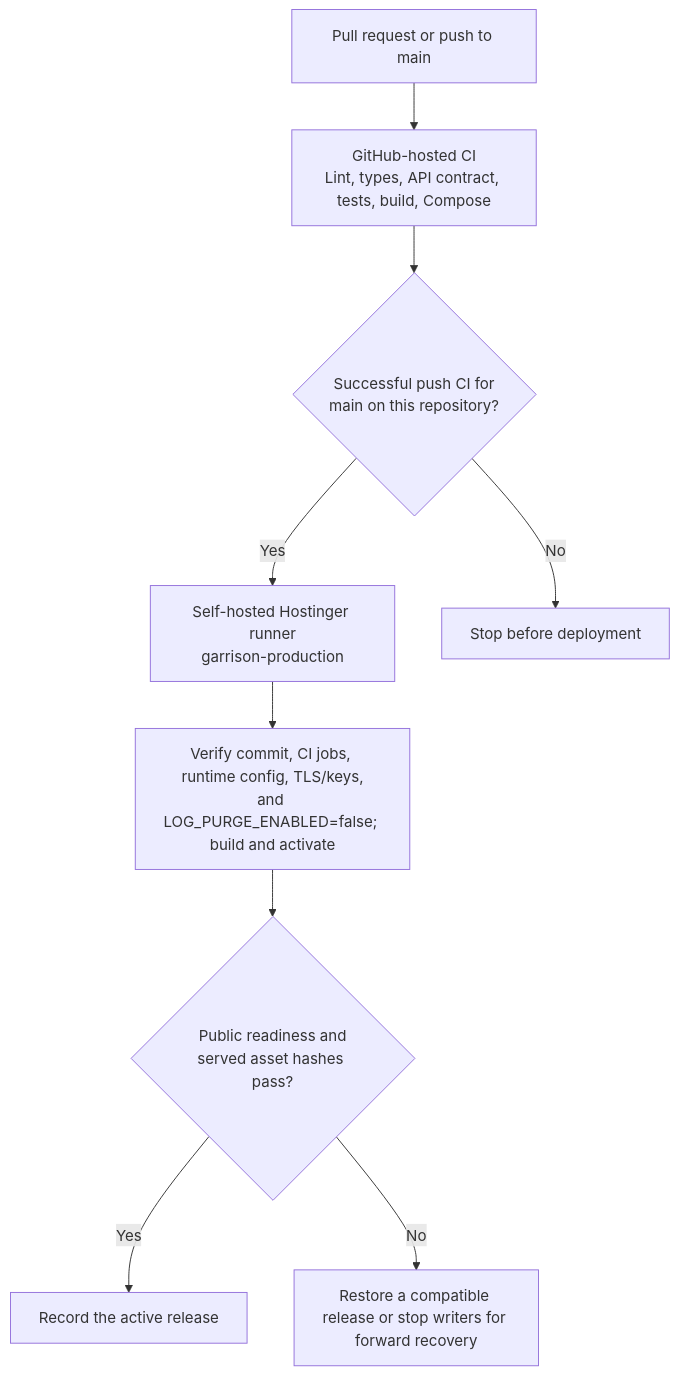
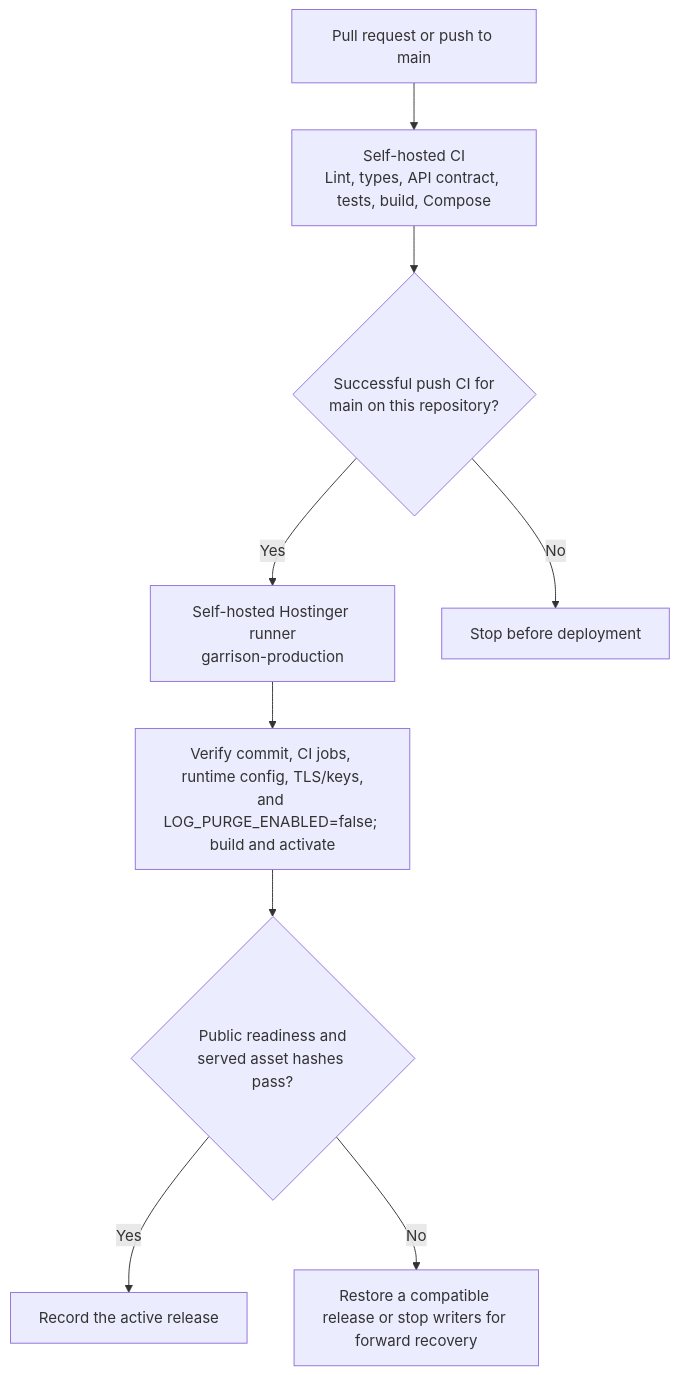
One commit to nirzaf/garrison-investments changed the third of 3 diagrams in README.md. Above: the diagram before and after it, drawn with Mermaid. The commit also changed other lines of this file and 2 other files, not shown here.

Commit message:
Run CI on dedicated self-hosted runners

````diff
--- a/README.md
+++ b/README.md
@@ -103,11 +103,11 @@
 ```mermaid
 flowchart TB
-    change["Pull request or push to main"] --> ci["GitHub-hosted CI<br/>Lint, types, API contract, tests, build, Compose"]
+    change["Pull request or push to main"] --> ci["Self-hosted CI<br/>Lint, types, API contract, tests, build, Compose"]
     ci --> gate{"Successful push CI for<br/>main on this repository?"}
     gate -->|"Yes"| runner["Self-hosted Hostinger runner<br/>garrison-production"]
     gate -->|"No"| stop["Stop before deployment"]
     runner --> release["Verify commit, CI jobs, runtime config, TLS/keys,<br/>and LOG_PURGE_ENABLED=false; build and activate"]
     release --> smoke{"Public readiness and<br/>served asset hashes pass?"}
     smoke -->|"Yes"| receipt["Record the active release"]
     smoke -->|"No"| rollback["Restore a compatible release or stop writers for forward recovery"]
 ```
````
